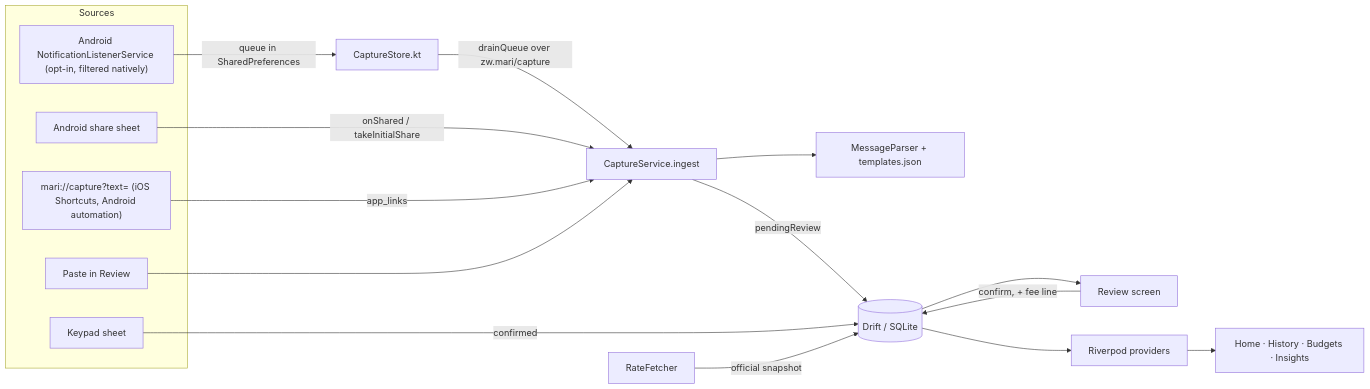
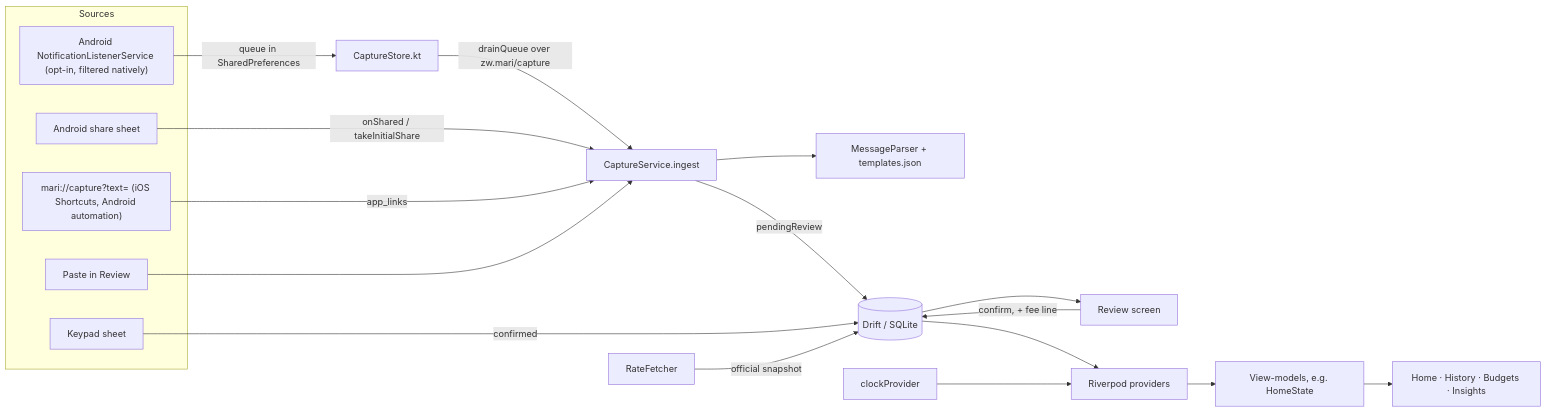
Before and after one commit to Mcgini100/mali-mari: the diagram in docs/ARCHITECTURE.md, drawn with Mermaid. The commit also changed other lines of this file and 47 other files, not shown here.

````diff
--- a/docs/ARCHITECTURE.md
+++ b/docs/ARCHITECTURE.md
@@ -3,21 +3,22 @@
 ```mermaid
 flowchart LR
   subgraph Sources
     T[Keypad sheet]
     P[Paste in Review]
     S[Android share sheet]
     D["mari://capture?text= (iOS Shortcuts, Android automation)"]
     N["Android NotificationListenerService (opt-in, filtered natively)"]
   end
   N -->|queue in SharedPreferences| Q[CaptureStore.kt]
   Q -->|drainQueue over zw.mari/capture| C
   S -->|onShared / takeInitialShare| C
   D -->|app_links| C
   P --> C[CaptureService.ingest]
   C --> MP[MessageParser + templates.json]
   C -->|pendingReview| DB[(Drift / SQLite)]
   T -->|confirmed| DB
   DB --> R[Review screen] -->|confirm, + fee line| DB
-  DB --> PR[Riverpod providers] --> UI[Home · History · Budgets · Insights]
+  DB --> PR[Riverpod providers] --> VM[View-models, e.g. HomeState] --> UI[Home · History · Budgets · Insights]
+  CL[clockProvider] --> PR
   RF[RateFetcher] -->|official snapshot| DB
 ```
````
